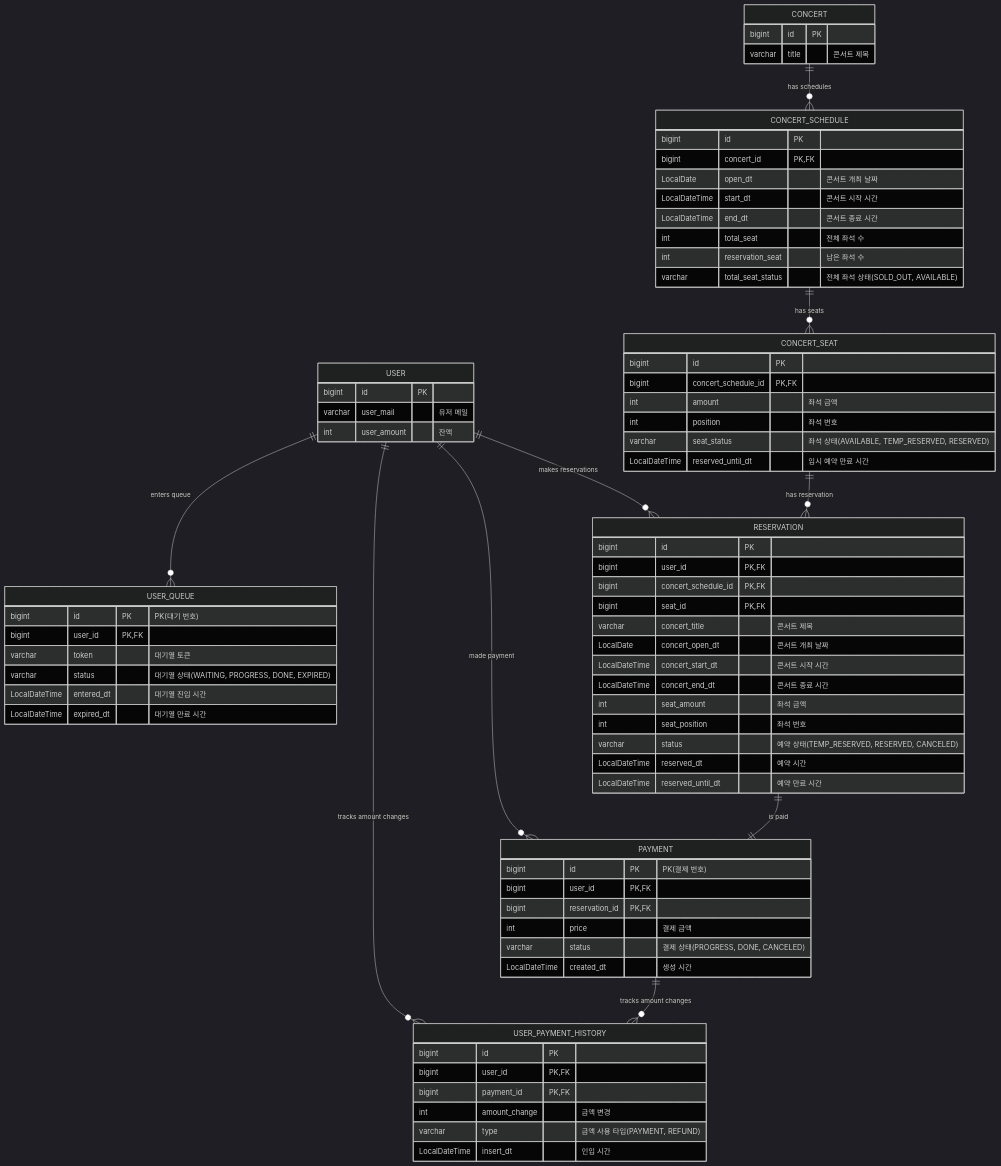
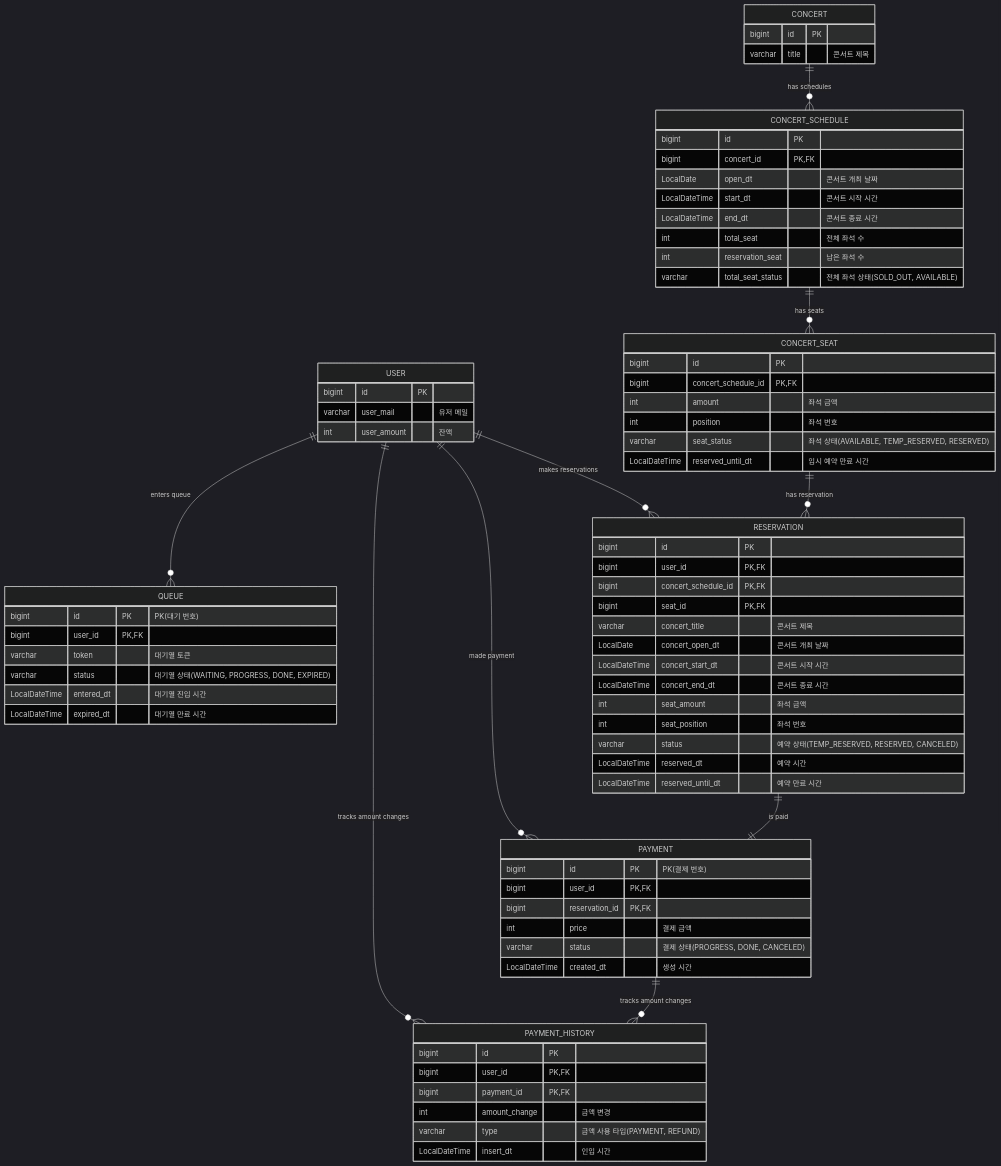
The diagram in docs/erd.md (Cheondongmin/concert-java), drawn with Mermaid (dark theme) before and after one commit. The commit also changed 3 other files, not shown here.

````diff
--- a/docs/erd.md
+++ b/docs/erd.md
@@ -9,7 +9,7 @@
         int user_amount "잔액"
     }
 
-    USER_QUEUE {
+    QUEUE {
         bigint id PK "PK(대기 번호)"
         bigint user_id PK, FK
         varchar token "대기열 토큰"
@@ -68,7 +68,7 @@
         LocalDateTime reserved_until_dt "예약 만료 시간"
     }
 
-    USER_PAYMENT_HISTORY {
+    PAYMENT_HISTORY {
         bigint id PK
         bigint user_id PK, FK
         bigint payment_id PK, FK
@@ -79,11 +79,11 @@
 
     CONCERT ||--o{ CONCERT_SCHEDULE: "has schedules"
     CONCERT_SCHEDULE ||--o{ CONCERT_SEAT: "has seats"
-    USER ||--o{ USER_QUEUE: "enters queue"
+    USER ||--o{ QUEUE: "enters queue"
     USER ||--o{ PAYMENT: "made payment"
     RESERVATION ||--|| PAYMENT: "is paid"
     USER ||--o{ RESERVATION: "makes reservations"
     CONCERT_SEAT ||--o{ RESERVATION: "has reservation"
-    USER ||--o{ USER_PAYMENT_HISTORY: "tracks amount changes"
-    PAYMENT ||--o{ USER_PAYMENT_HISTORY: "tracks amount changes"
+    USER ||--o{ PAYMENT_HISTORY: "tracks amount changes"
+    PAYMENT ||--o{ PAYMENT_HISTORY: "tracks amount changes"
 ```
````
